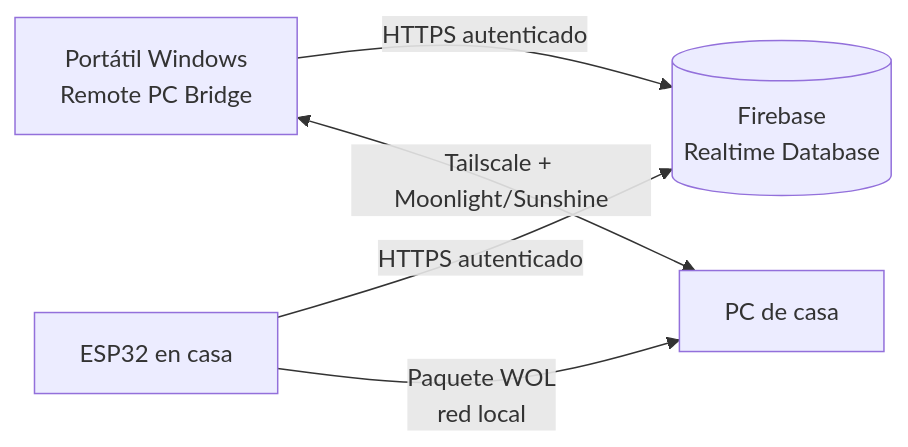
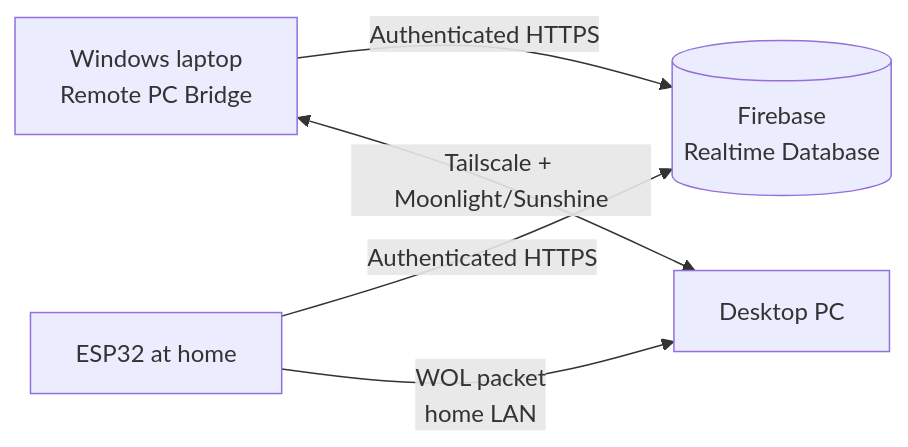
One commit to Albjav12345/remote-pc-bridge changed the diagram in README.md. Above: the diagram before and after it, drawn with Mermaid. The commit also changed other lines of this file and 28 other files, not shown here.

```diff
--- a/README.md
+++ b/README.md
@@ -57,7 +62,7 @@
 ~~~mermaid
 flowchart LR
-    Y[Portátil Windows<br/>Remote PC Bridge] -->|HTTPS autenticado| F[(Firebase<br/>Realtime Database)]
-    E[ESP32 en casa] -->|HTTPS autenticado| F
-    E -->|Paquete WOL<br/>red local| P[PC de casa]
-    Y <-->|Tailscale + Moonlight/Sunshine| P
+    L[Windows laptop<br/>Remote PC Bridge] -->|Authenticated HTTPS| F[(Firebase<br/>Realtime Database)]
+    E[ESP32 at home] -->|Authenticated HTTPS| F
+    E -->|WOL packet<br/>home LAN| P[Desktop PC]
+    L <-->|Tailscale + Moonlight/Sunshine| P
 ~~~
```
